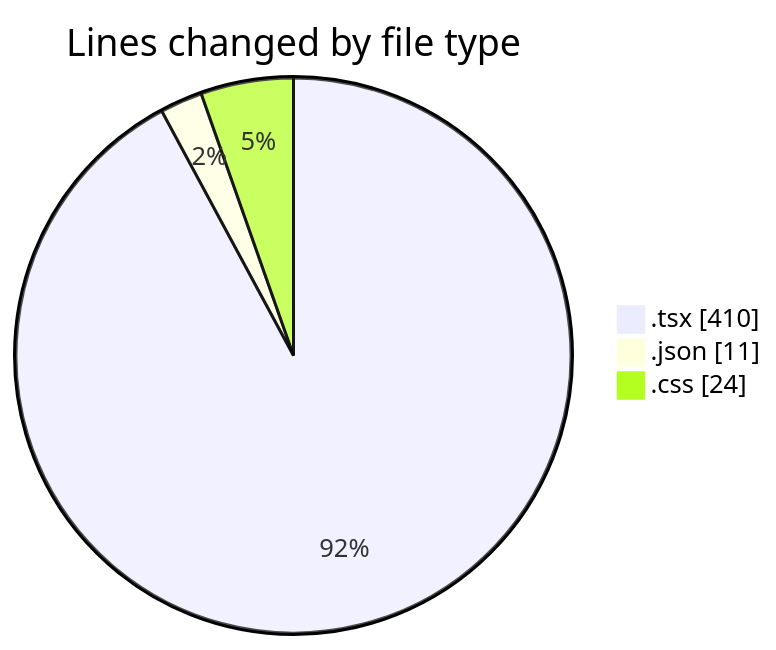
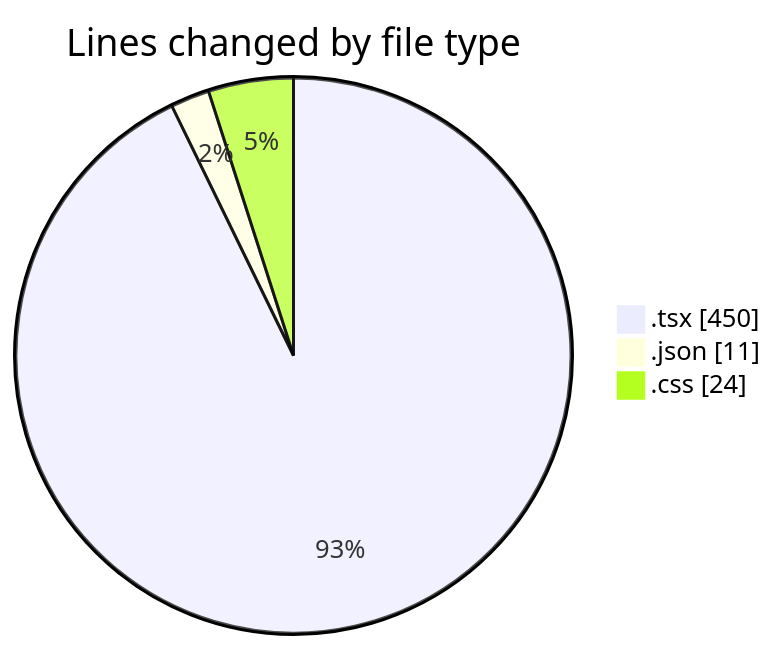
Before and after one commit to Elitesun/code-tracking: the first of 2 diagrams in 2025-05-05/niten/README.md, drawn with Mermaid. The commit also changed other lines of this file and 1 other file, not shown here.

````diff
--- a/2025-05-05/niten/README.md
+++ b/2025-05-05/niten/README.md
@@ -30,7 +30,7 @@
 ```mermaid
 pie showData
 title Lines changed by file type
-".tsx" : 410
+".tsx" : 450
 ".json" : 11
 ".css" : 24
 ```
````
